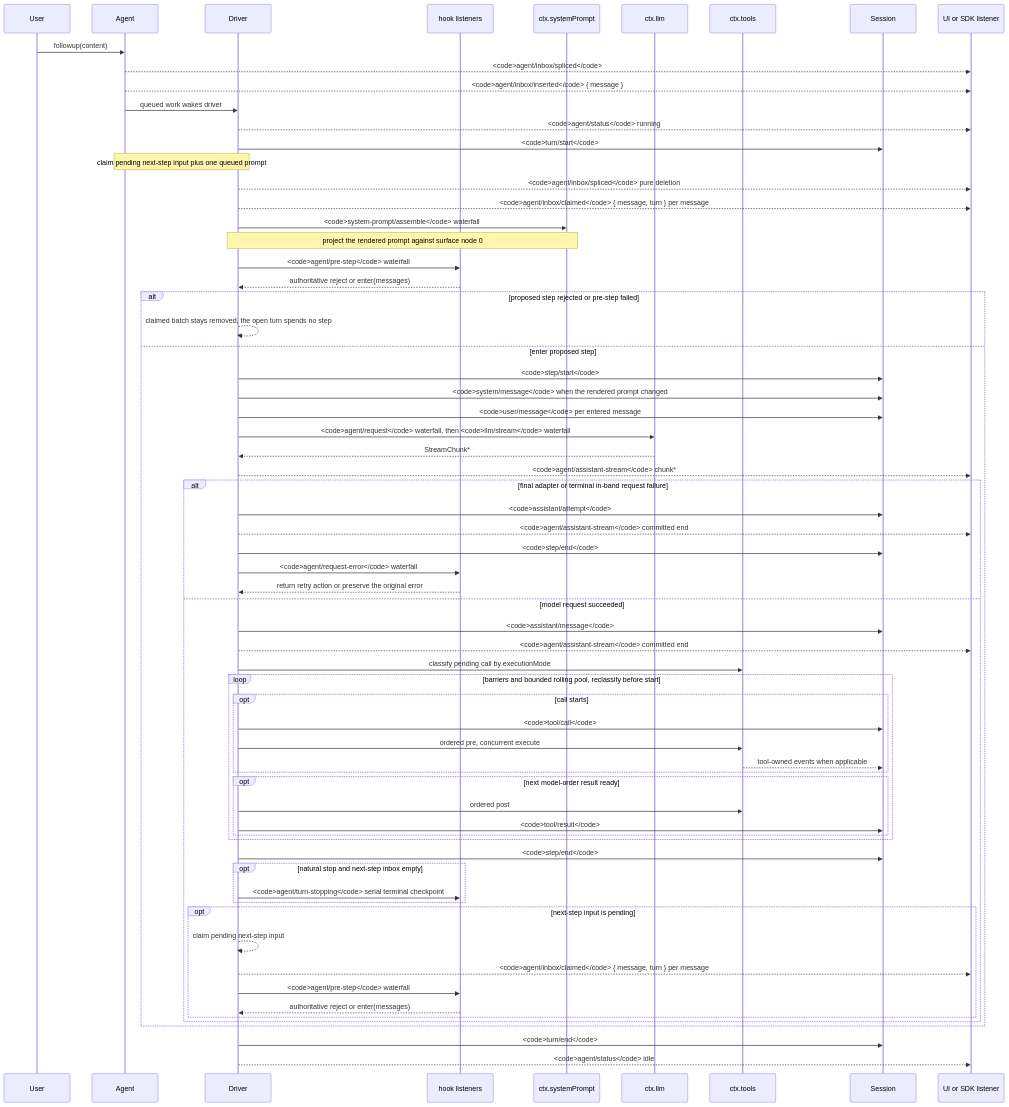
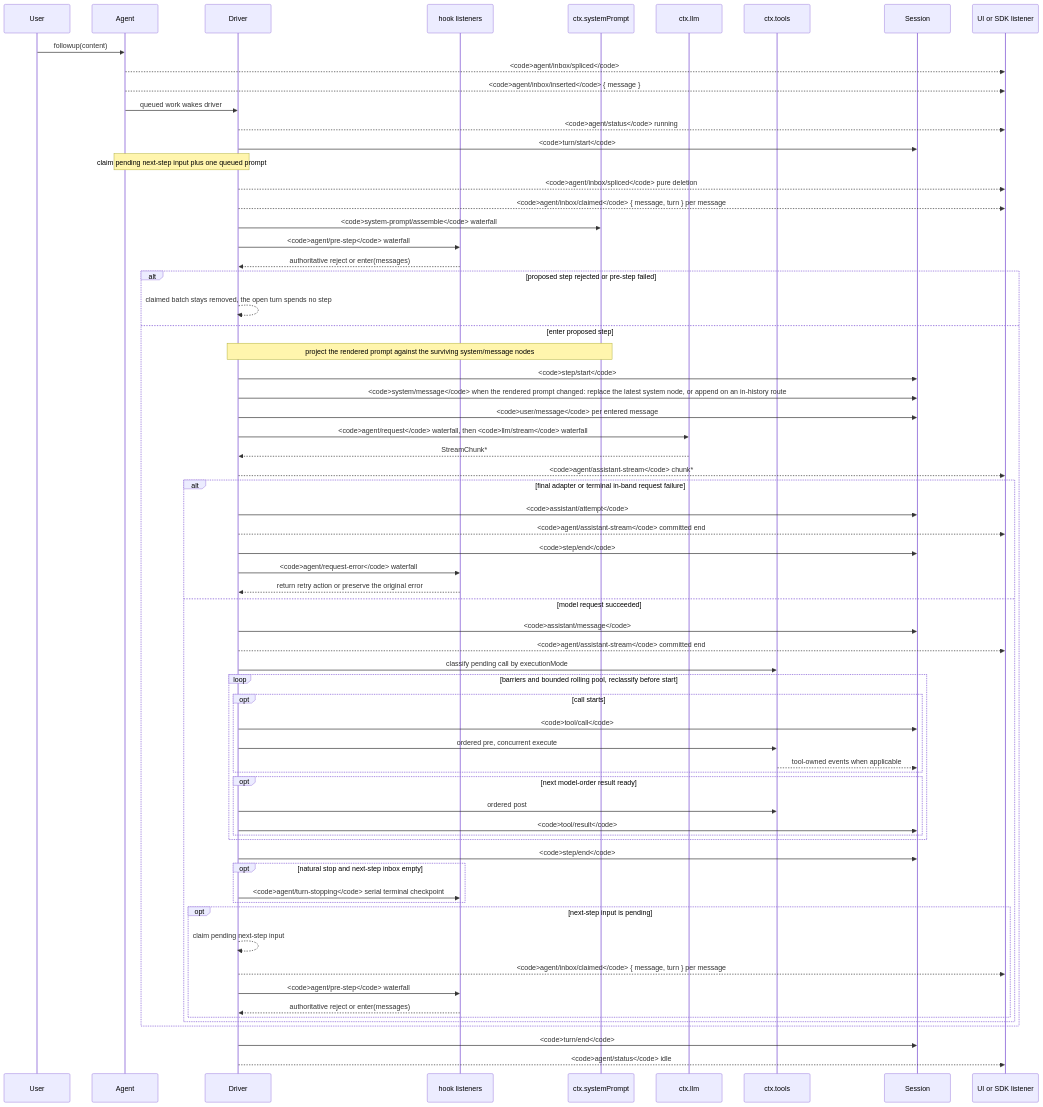
One commit to guojiaxian/deepseek-harness-WTAgent changed the diagram in docs/agent-lifecycle.md. Above: the diagram before and after it, drawn with Mermaid. The commit also changed 101 other files, not shown here.

First line of the commit message:
feat(agent-loop): append system prompt changes on capable routes

````diff
--- a/docs/agent-lifecycle.md
+++ b/docs/agent-lifecycle.md
@@ -8,69 +8,69 @@
 ```mermaid
 sequenceDiagram
   participant User
   participant Agent
   participant Driver
   participant Hooks as hook listeners
   participant Prompt as ctx.systemPrompt
   participant LLM as ctx.llm
   participant Tools as ctx.tools
   participant Session
   participant SDK as UI or SDK listener
   User->>Agent: followup(content)
   Agent-->>SDK: <code>agent/inbox/spliced</code>
   Agent-->>SDK: <code>agent/inbox/inserted</code> { message }
   Agent->>Driver: queued work wakes driver
   Driver-->>SDK: <code>agent/status</code> running
   Driver->>Session: <code>turn/start</code>
   Note over Agent,Driver: claim pending next-step input plus one queued prompt
   Driver-->>SDK: <code>agent/inbox/spliced</code> pure deletion
   Driver-->>SDK: <code>agent/inbox/claimed</code> { message, turn } per message
   Driver->>Prompt: <code>system-prompt/assemble</code> waterfall
-  Note over Driver,Prompt: project the rendered prompt against surface node 0
   Driver->>Hooks: <code>agent/pre-step</code> waterfall
   Hooks-->>Driver: authoritative reject or enter(messages)
   alt proposed step rejected or pre-step failed
     Driver-->>Driver: claimed batch stays removed, the open turn spends no step
   else enter proposed step
+  Note over Driver,Prompt: project the rendered prompt against the surviving system/message nodes
   Driver->>Session: <code>step/start</code>
-  Driver->>Session: <code>system/message</code> when the rendered prompt changed
+  Driver->>Session: <code>system/message</code> when the rendered prompt changed: replace the latest system node, or append on an in-history route
   Driver->>Session: <code>user/message</code> per entered message
   Driver->>LLM: <code>agent/request</code> waterfall, then <code>llm/stream</code> waterfall
   LLM-->>Driver: StreamChunk*
   Driver-->>SDK: <code>agent/assistant-stream</code> chunk*
   alt final adapter or terminal in-band request failure
     Driver->>Session: <code>assistant/attempt</code>
     Driver-->>SDK: <code>agent/assistant-stream</code> committed end
     Driver->>Session: <code>step/end</code>
     Driver->>Hooks: <code>agent/request-error</code> waterfall
     Hooks-->>Driver: return retry action or preserve the original error
   else model request succeeded
   Driver->>Session: <code>assistant/message</code>
   Driver-->>SDK: <code>agent/assistant-stream</code> committed end
   Driver->>Tools: classify pending call by executionMode
   loop barriers and bounded rolling pool, reclassify before start
     opt call starts
       Driver->>Session: <code>tool/call</code>
       Driver->>Tools: ordered pre, concurrent execute
       Tools-->>Session: tool-owned events when applicable
     end
     opt next model-order result ready
       Driver->>Tools: ordered post
       Driver->>Session: <code>tool/result</code>
     end
   end
   Driver->>Session: <code>step/end</code>
   opt natural stop and next-step inbox empty
     Driver->>Hooks: <code>agent/turn-stopping</code> serial terminal checkpoint
   end
   opt next-step input is pending
     Driver-->>Driver: claim pending next-step input
     Driver-->>SDK: <code>agent/inbox/claimed</code> { message, turn } per message
     Driver->>Hooks: <code>agent/pre-step</code> waterfall
     Hooks-->>Driver: authoritative reject or enter(messages)
   end
   end
   end
   Driver->>Session: <code>turn/end</code>
   Driver-->>SDK: <code>agent/status</code> idle
 ```
````
